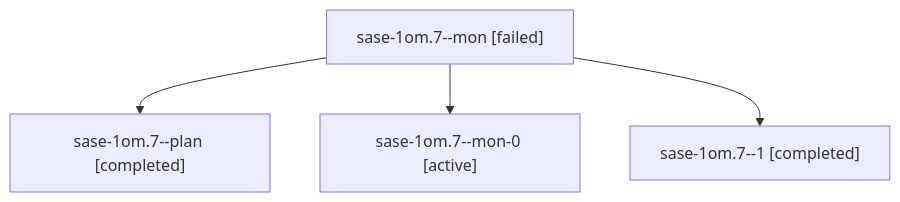
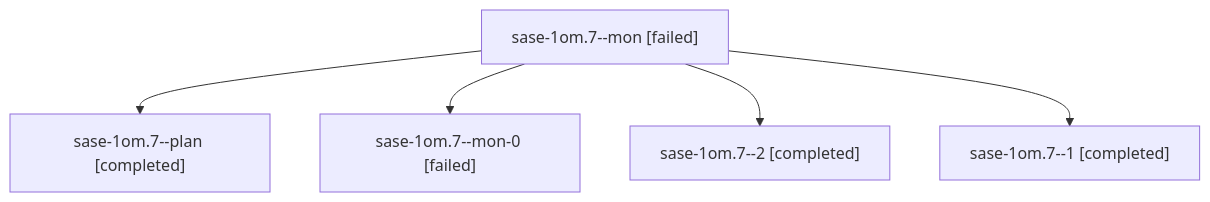
Before and after one commit to sase-org/sase--agents: the diagram in sessions/bbugyi200.athena.sase-1om.7.md, drawn with Mermaid. The commit also changed other lines of this file and 67 other files, not shown here.

````diff
--- a/sessions/bbugyi200.athena.sase-1om.7.md
+++ b/sessions/bbugyi200.athena.sase-1om.7.md
@@ -9,10 +9,12 @@
 ```mermaid
 flowchart TD
   n0["sase-1om.7--mon [failed]"]
   n1["sase-1om.7--plan [completed]"]
   n0 --> n1
-  n2["sase-1om.7--mon-0 [active]"]
+  n2["sase-1om.7--mon-0 [failed]"]
   n0 --> n2
-  n3["sase-1om.7--1 [completed]"]
+  n3["sase-1om.7--2 [completed]"]
   n0 --> n3
+  n4["sase-1om.7--1 [completed]"]
+  n0 --> n4
 ```
````
